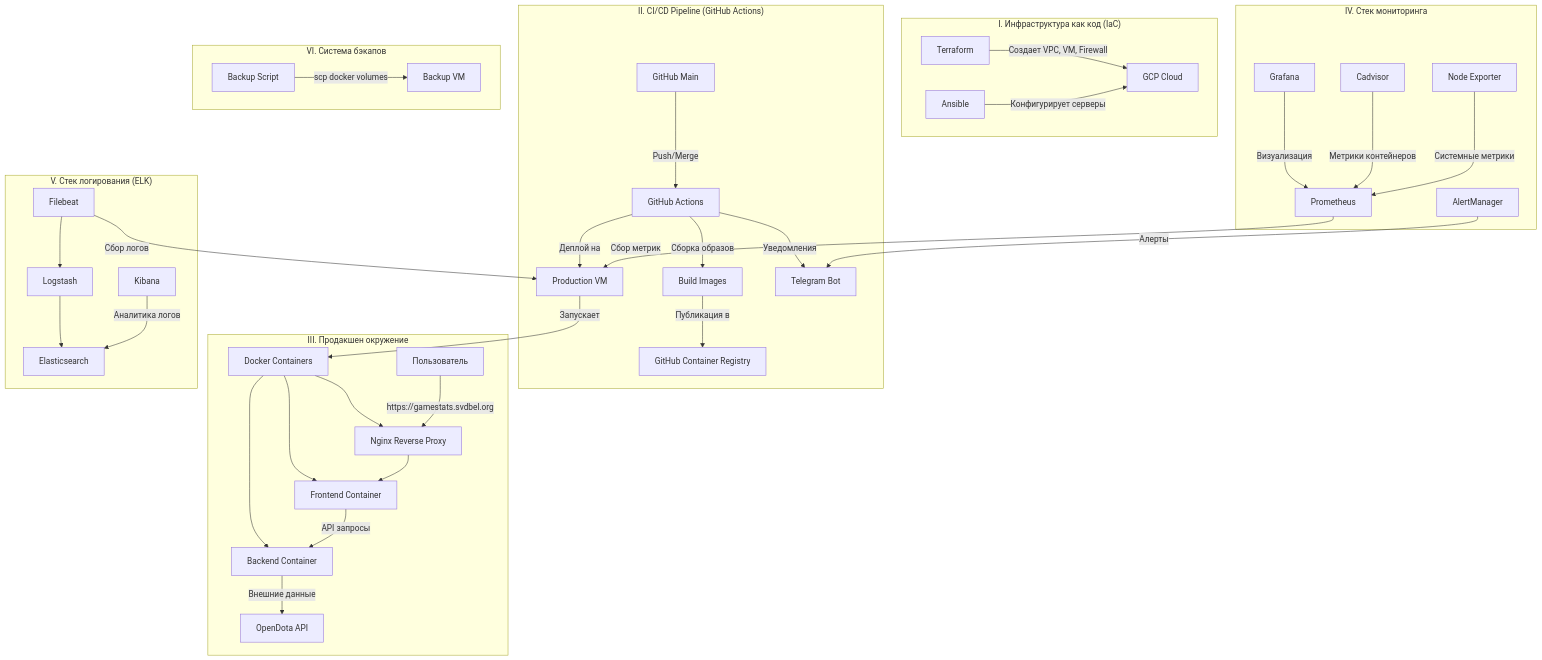
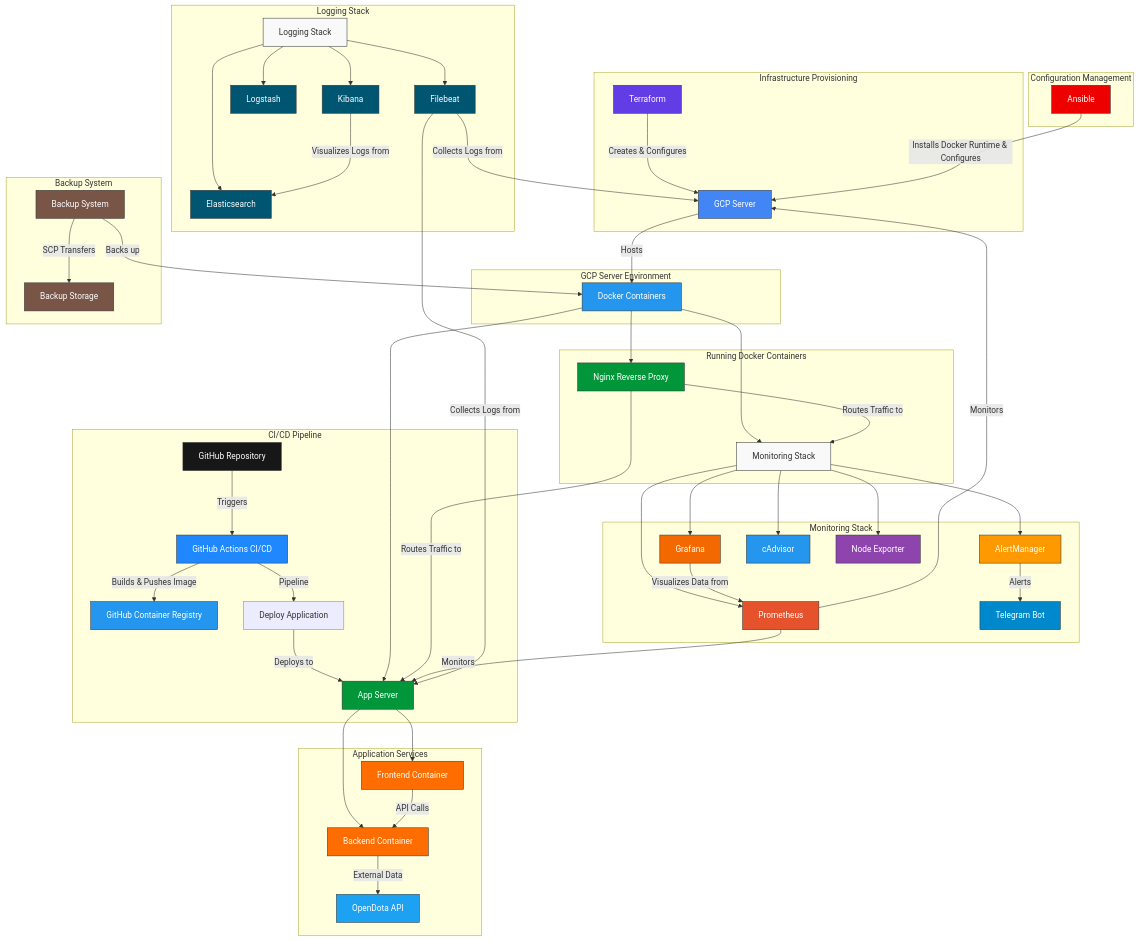
Before and after one commit to svdbel/GameStats-Hub: the diagram in README.md, drawn with Mermaid.

Commit message:
Add schemes in README

````diff
--- a/README.md
+++ b/README.md
@@ -15,53 +15,91 @@
 ```mermaid
 graph TD
-    %% Infrastructure Provisioning & Configuration
-    subgraph "I. Инфраструктура как код (IaC)"
-        Terraform[Terraform] -- "Создает VPC, VM, Firewall" --> GCP[GCP Cloud]
-        Ansible[Ansible] -- "Конфигурирует серверы" --> GCP
+    subgraph "Infrastructure Provisioning"
+        Terraform[Terraform] -- "Creates & Configures" --> GCPServer[GCP Server]
     end
 
-    %% CI/CD Pipeline
-    subgraph "II. CI/CD Pipeline (GitHub Actions)"
-        GitHub[GitHub Main] -- "Push/Merge" --> GitHubActions[GitHub Actions]
-        GitHubActions -- "Сборка образов" --> DockerBuild[Build Images]
-        DockerBuild -- "Публикация в" --> GHCR[GitHub Container Registry]
-        GitHubActions -- "Деплой на" --> ProductionVM[Production VM]
-        GitHubActions -- "Уведомления" --> TelegramBot[Telegram Bot]
+    subgraph "Configuration Management"
+        Ansible[Ansible] -- "Installs Docker Runtime & Configures" --> GCPServer
     end
 
-    %% Production Environment
-    subgraph "III. Продакшен окружение"
-        ProductionVM -- "Запускает" --> DockerContainers[Docker Containers]
-        
-        DockerContainers --> Frontend[Frontend Container]
-        DockerContainers --> Backend[Backend Container]
-        DockerContainers --> Nginx[Nginx Reverse Proxy]
-        
-        User[Пользователь] -- "https://gamestats.svdbel.org" --> Nginx
-        Nginx --> Frontend
-        Frontend -- "API запросы" --> Backend
-        Backend -- "Внешние данные" --> OpenDotaAPI[OpenDota API]
+    subgraph "CI/CD Pipeline"
+        GitHub[GitHub Repository] -- "Triggers" --> GitHubActions[GitHub Actions CI/CD]
+        GitHubActions -- "Builds & Pushes Image" --> DockerRegistry[GitHub Container Registry]
+        GitHubActions -- "Pipeline" --> DeployTask[Deploy Application]
+        DeployTask -- "Deploys to" --> AppServer[App Server]
     end
 
-    %% Monitoring Stack
-    subgraph "IV. Стек мониторинга"
-        Prometheus[Prometheus] -- "Сбор метрик" --> ProductionVM
-        Grafana[Grafana] -- "Визуализация" --> Prometheus
-        AlertManager[AlertManager] -- "Алерты" --> TelegramBot
-        Cadvisor[Cadvisor] -- "Метрики контейнеров" --> Prometheus
-        NodeExporter[Node Exporter] -- "Системные метрики" --> Prometheus
+    subgraph "GCP Server Environment"
+        GCPServer -- "Hosts" --> DockerContainers[Docker Containers]
     end
 
-    %% Logging Stack
-    subgraph "V. Стек логирования (ELK)"
-        Filebeat[Filebeat] -- "Сбор логов" --> ProductionVM
-        Filebeat --> Logstash[Logstash]
-        Logstash --> Elasticsearch[Elasticsearch]
-        Kibana[Kibana] -- "Аналитика логов" --> Elasticsearch
+    subgraph "Running Docker Containers"
+        DockerContainers --> NginxProxy[Nginx Reverse Proxy]
+        DockerContainers --> MonitoringStack[Monitoring Stack]
+        DockerContainers --> AppServer
+        NginxProxy -- "Routes Traffic to" --> AppServer
+        NginxProxy -- "Routes Traffic to" --> MonitoringStack
     end
 
-    %% Backup System
-    subgraph "VI. Система бэкапов"
-        Backup[Backup Script] -- "scp docker volumes" --> BackupVM[Backup VM]
+    subgraph "Application Services"
+        AppServer --> Frontend[Frontend Container]
+        AppServer --> Backend[Backend Container]
+        Frontend -- "API Calls" --> Backend
+        Backend -- "External Data" --> OpenDotaAPI[OpenDota API]
     end
+
+    subgraph "Monitoring Stack"
+        MonitoringStack --> Prometheus[Prometheus]
+        MonitoringStack --> Grafana[Grafana]
+        MonitoringStack --> AlertManager[AlertManager]
+        MonitoringStack --> Cadvisor[cAdvisor]
+        MonitoringStack --> NodeExporter[Node Exporter]
+        Prometheus -- "Monitors" --> AppServer
+        Prometheus -- "Monitors" --> GCPServer
+        Grafana -- "Visualizes Data from" --> Prometheus
+        AlertManager -- "Alerts" --> TelegramBot[Telegram Bot]
+    end
+
+    subgraph "Logging Stack"
+        LoggingStack[Logging Stack] --> Elasticsearch[Elasticsearch]
+        LoggingStack --> Kibana[Kibana]
+        LoggingStack --> Logstash[Logstash]
+        LoggingStack --> Filebeat[Filebeat]
+        Filebeat -- "Collects Logs from" --> AppServer
+        Filebeat -- "Collects Logs from" --> GCPServer
+        Kibana -- "Visualizes Logs from" --> Elasticsearch
+    end
+
+    subgraph "Backup System"
+        Backup[Backup System] -- "SCP Transfers" --> BackupStorage[Backup Storage]
+        Backup -- "Backs up" --> DockerContainers
+    end
+
+    %% Define Styles
+    style Terraform fill:#623CE4,stroke:#333,stroke-width:1px,color:#fff
+    style Ansible fill:#EE0000,stroke:#333,stroke-width:1px,color:#fff
+    style GCPServer fill:#4285F4,stroke:#333,stroke-width:1px,color:#fff
+    style GitHub fill:#181717,stroke:#333,stroke-width:1px,color:#fff
+    style GitHubActions fill:#2088FF,stroke:#333,stroke-width:1px,color:#fff
+    style DockerContainers fill:#2496ED,stroke:#333,stroke-width:1px,color:#fff
+    style DockerRegistry fill:#2496ED,stroke:#333,stroke-width:1px,color:#fff
+    style NginxProxy fill:#009639,stroke:#333,stroke-width:1px,color:#fff
+    style AppServer fill:#009639,stroke:#333,stroke-width:1px,color:#fff
+    style Frontend fill:#FF6D00,stroke:#333,stroke-width:1px,color:#fff
+    style Backend fill:#FF6D00,stroke:#333,stroke-width:1px,color:#fff
+    style OpenDotaAPI fill:#1DA1F2,stroke:#333,stroke-width:1px,color:#fff
+    style MonitoringStack fill:#f9f9f9,stroke:#333,stroke-width:1px,color:#333
+    style Prometheus fill:#E6522C,stroke:#333,stroke-width:1px,color:#fff
+    style Grafana fill:#F46800,stroke:#333,stroke-width:1px,color:#fff
+    style AlertManager fill:#FF9900,stroke:#333,stroke-width:1px,color:#fff
+    style Cadvisor fill:#2496ED,stroke:#333,stroke-width:1px,color:#fff
+    style NodeExporter fill:#8E44AD,stroke:#333,stroke-width:1px,color:#fff
+    style LoggingStack fill:#f9f9f9,stroke:#333,stroke-width:1px,color:#333
+    style Elasticsearch fill:#005571,stroke:#333,stroke-width:1px,color:#fff
+    style Kibana fill:#005571,stroke:#333,stroke-width:1px,color:#fff
+    style Logstash fill:#005571,stroke:#333,stroke-width:1px,color:#fff
+    style Filebeat fill:#005571,stroke:#333,stroke-width:1px,color:#fff
+    style TelegramBot fill:#0088CC,stroke:#333,stroke-width:1px,color:#fff
+    style Backup fill:#795548,stroke:#333,stroke-width:1px,color:#fff
+    style BackupStorage fill:#795548,stroke:#333,stroke-width:1px,color:#fff
 ```
````
